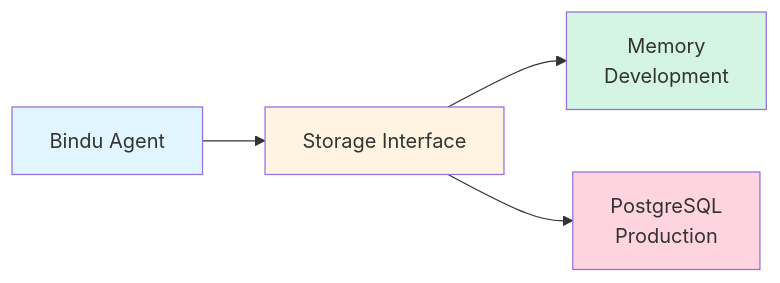
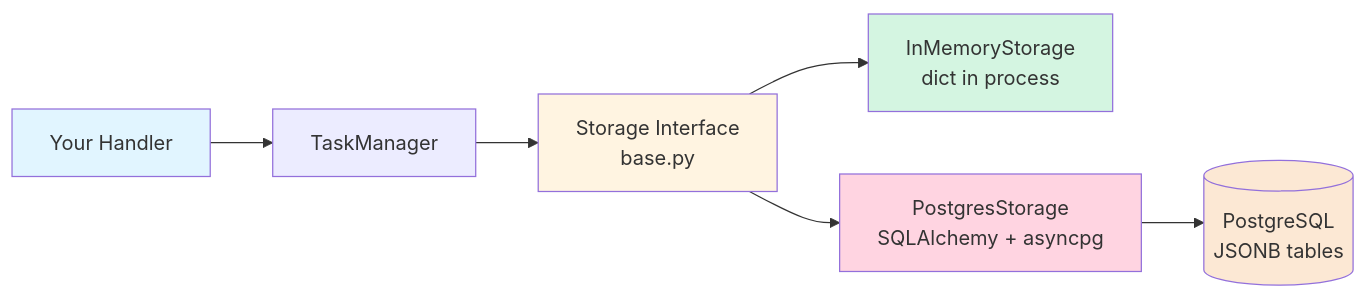
The first of 2 diagrams in bindu/learn/storage/overview.mdx (raahulrahl/docs), drawn with Mermaid before and after one commit. The commit also changed other lines of this file and 9 other files, not shown here.

````diff
--- a/bindu/learn/storage/overview.mdx
+++ b/bindu/learn/storage/overview.mdx
@@ -45,11 +22,14 @@
 ```mermaid
 graph LR
-    Agent[Bindu Agent] --> Interface[Storage Interface]
-    Interface --> Memory[Memory\nDevelopment]
-    Interface --> Postgres[PostgreSQL\nProduction]
+    Handler[Your Handler] --> TM[TaskManager]
+    TM --> Iface[Storage Interface<br/>base.py]
+    Iface --> Mem[InMemoryStorage<br/>dict in process]
+    Iface --> PG[PostgresStorage<br/>SQLAlchemy + asyncpg]
+    PG --> DB[(PostgreSQL<br/>JSONB tables)]
 
-    style Agent fill:#e1f5ff
-    style Interface fill:#fff4e1
-    style Memory fill:#d4f5e1
-    style Postgres fill:#ffd4e1
+    style Handler fill:#e1f5ff
+    style Iface fill:#fff4e1
+    style Mem fill:#d4f5e1
+    style PG fill:#ffd4e1
+    style DB fill:#fce8d4
 ```
````
